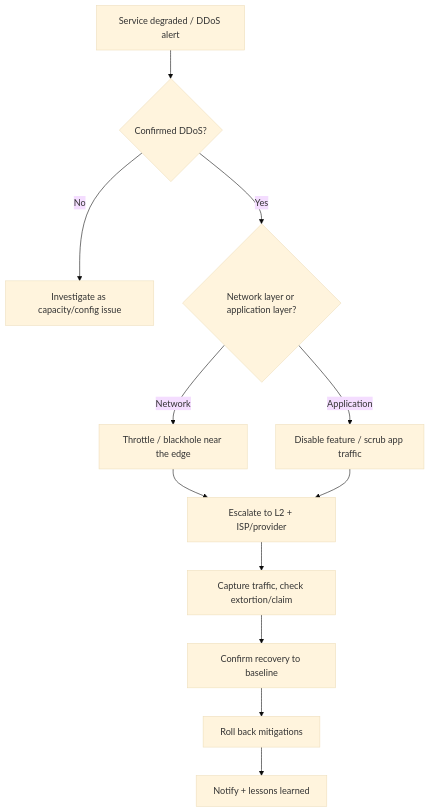
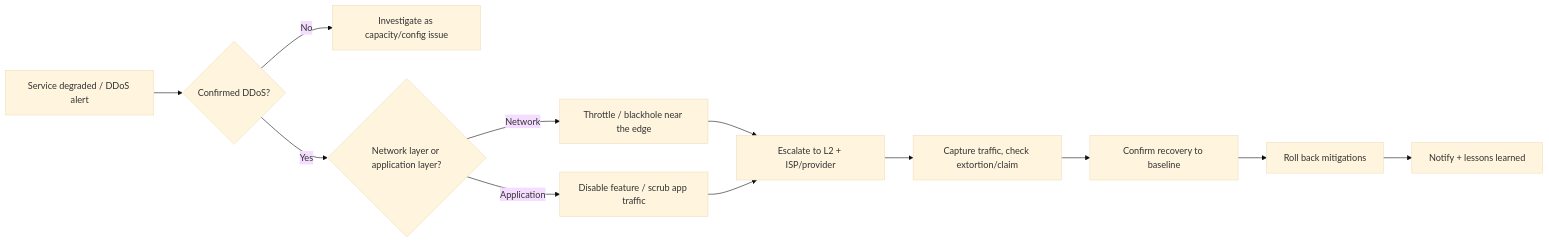
Before and after one commit to MiracleDvm/ir-firstline: the diagram in docs/runbooks/ddos.md, drawn with Mermaid (base theme). The commit also changed other lines of this file and 26 other files, not shown here.

Commit message:
Fix decision-tree diagram sizing/legibility, add PDF export, land tool links -- Convert decision trees to horizontal/collapsible, link cited tools/sources

````diff
--- a/docs/runbooks/ddos.md
+++ b/docs/runbooks/ddos.md
@@ -28,14 +30,14 @@
-```mermaid
-flowchart TD
-    A[Service degraded / DDoS alert] --> B{Confirmed DDoS?}
-    B -->|No| C[Investigate as capacity/config issue]
-    B -->|Yes| D{Network layer or application layer?}
-    D -->|Network| E[Throttle / blackhole near the edge]
-    D -->|Application| F[Disable feature / scrub app traffic]
-    E --> G[Escalate to L2 + ISP/provider]
-    F --> G
-    G --> H[Capture traffic, check extortion/claim]
-    H --> I[Confirm recovery to baseline]
-    I --> J[Roll back mitigations]
-    J --> K[Notify + lessons learned]
-```
+    ```mermaid
+    flowchart LR
+        A[Service degraded / DDoS alert] --> B{Confirmed DDoS?}
+        B -->|No| C[Investigate as capacity/config issue]
+        B -->|Yes| D{Network layer or application layer?}
+        D -->|Network| E[Throttle / blackhole near the edge]
+        D -->|Application| F[Disable feature / scrub app traffic]
+        E --> G[Escalate to L2 + ISP/provider]
+        F --> G
+        G --> H[Capture traffic, check extortion/claim]
+        H --> I[Confirm recovery to baseline]
+        I --> J[Roll back mitigations]
+        J --> K[Notify + lessons learned]
+    ```
````
